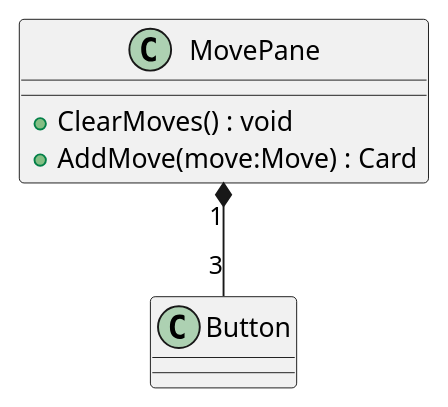
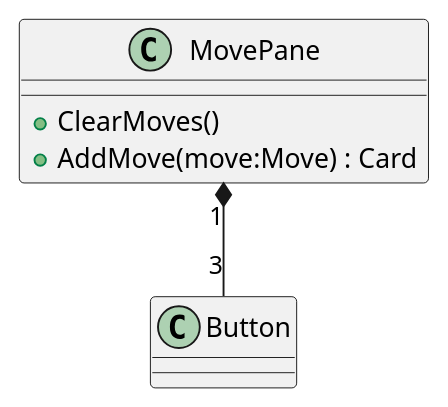
One commit to Leximon-SWE-2025/Leximon changed the diagram in PlantUML/scenes/MovePane.puml. Above: the diagram before and after it, drawn with PlantUML. The commit also changed 16 other files, not shown here.

```diff
--- a/PlantUML/scenes/MovePane.puml
+++ b/PlantUML/scenes/MovePane.puml
@@ -1,11 +1,11 @@
 @startuml MovePane
 class MovePane  {
     ' - cardScene : PackedScene
     ' - moveContainer : HBoxContainer
-    ' + <<override>> _Ready() : void
-    + ClearMoves() : void
+    ' + <<override>> _Ready() 
+    + ClearMoves() 
     + AddMove(move:Move) : Card
 }
 ' Control <|-- MovePane
 MovePane "1" *-- "3" Button
 @enduml
```
